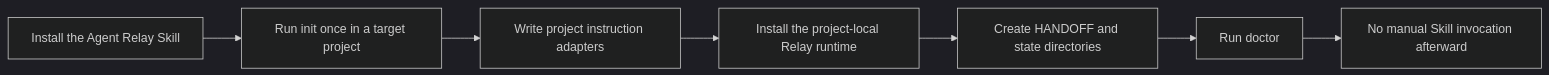
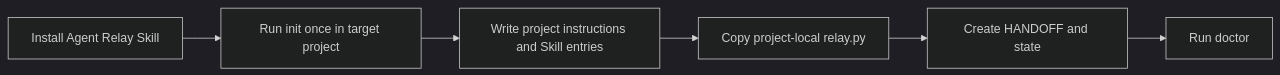
One commit to chopperH0824/agent-relay changed the first of 3 diagrams in README.en.md. Above: the diagram before and after it, drawn with Mermaid (dark theme). The commit also changed other lines of this file and 24 other files, not shown here.

Commit message:
feat: release Agent Relay v0.1.0

````diff
--- a/README.en.md
+++ b/README.en.md
@@ -79,9 +101,8 @@
 ```mermaid
 flowchart LR
-    A[Install the Agent Relay Skill] --> B[Run init once in a target project]
-    B --> C[Write project instruction adapters]
-    C --> D[Install the project-local Relay runtime]
-    D --> E[Create HANDOFF and state directories]
+    A[Install Agent Relay Skill] --> B[Run init once in target project]
+    B --> C[Write project instructions and Skill entries]
+    C --> D[Copy project-local relay.py]
+    D --> E[Create HANDOFF and state]
     E --> F[Run doctor]
-    F --> G[No manual Skill invocation afterward]
 ```
````
